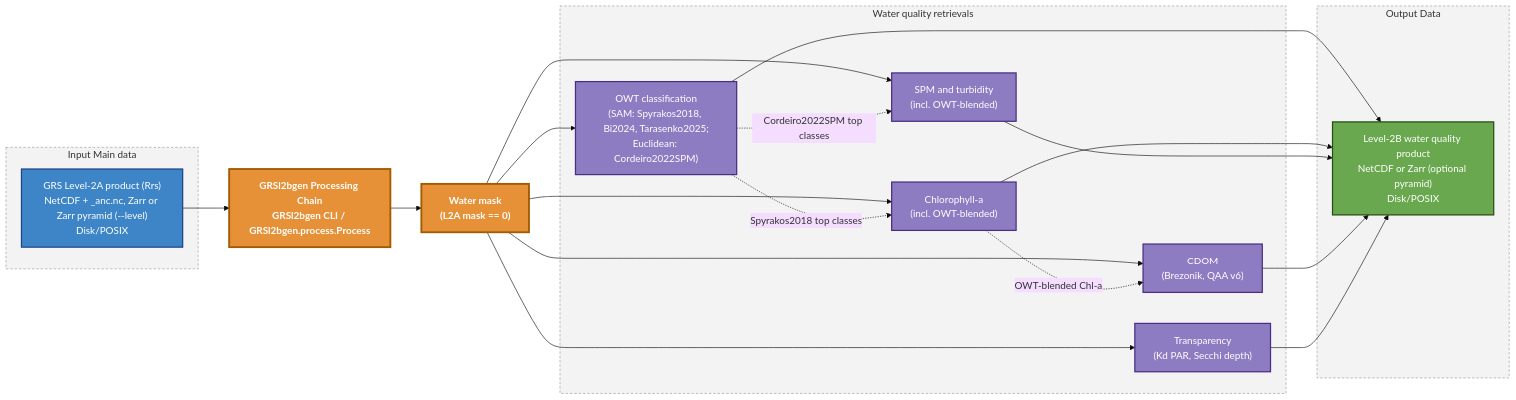
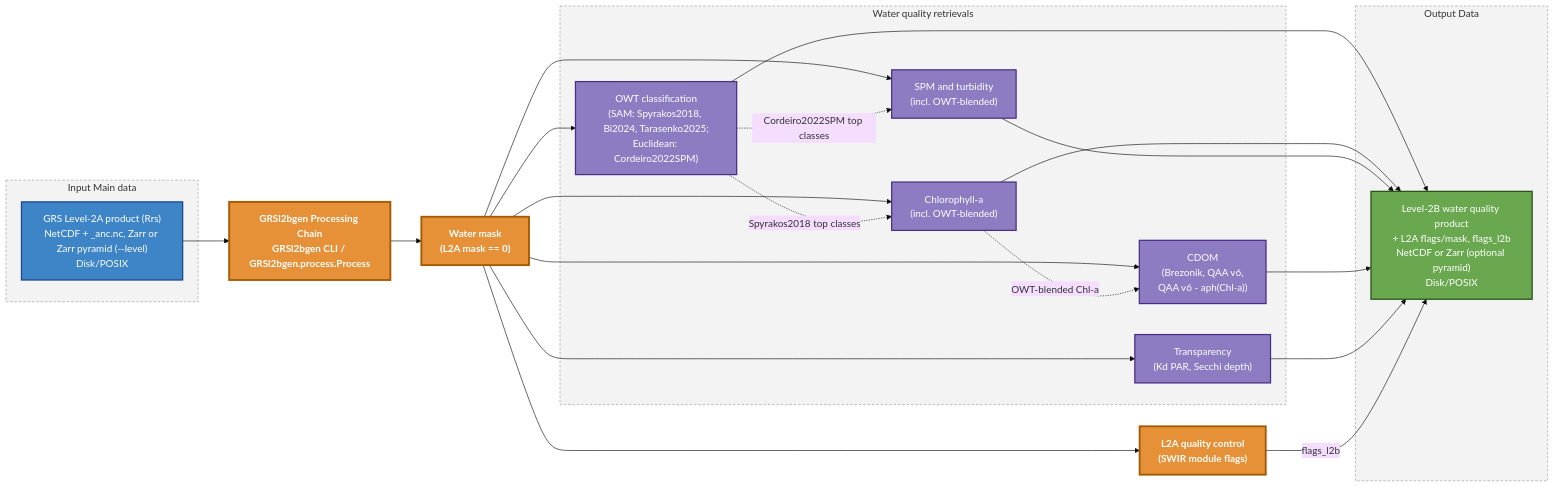
One commit to Tristanovsk/GRSl2bgen changed the diagram in docs/source/_diagrams/dataflow.mmd. Above: the diagram before and after it, drawn with Mermaid (base theme). The commit also changed 1 other file, not shown here.

```diff
--- a/docs/source/_diagrams/dataflow.mmd
+++ b/docs/source/_diagrams/dataflow.mmd
@@ -1,47 +1,50 @@
 flowchart LR
     subgraph main["Input Main data"]
         IN1["GRS Level-2A product (Rrs)<br/>NetCDF + _anc.nc, Zarr or Zarr pyramid (--level)<br/>Disk/POSIX"]
     end
 
     PROC["GRSl2bgen Processing Chain<br/>GRSl2bgen CLI / GRSl2bgen.process.Process"]
     MASK["Water mask<br/>(L2A mask == 0)"]
+    QC["L2A quality control<br/>(SWIR module flags)"]
 
     subgraph steps["Water quality retrievals"]
         S1["OWT classification<br/>(SAM: Spyrakos2018, Bi2024, Tarasenko2025;<br/>Euclidean: Cordeiro2022SPM)"]
         S2["Chlorophyll-a<br/>(incl. OWT-blended)"]
         S3["SPM and turbidity<br/>(incl. OWT-blended)"]
-        S4["CDOM<br/>(Brezonik, QAA v6)"]
+        S4["CDOM<br/>(Brezonik, QAA v6,<br/>QAA v6 - aph(Chl-a))"]
         S5["Transparency<br/>(Kd PAR, Secchi depth)"]
     end
 
     subgraph out["Output Data"]
-        OUT1["Level-2B water quality product<br/>NetCDF or Zarr (optional pyramid)<br/>Disk/POSIX"]
+        OUT1["Level-2B water quality product<br/>+ L2A flags/mask, flags_l2b<br/>NetCDF or Zarr (optional pyramid)<br/>Disk/POSIX"]
     end
 
     IN1 --> PROC
     PROC --> MASK
+    MASK --> QC
     MASK --> S1
     MASK --> S2
     MASK --> S3
     MASK --> S4
     MASK --> S5
     S1 -. "Spyrakos2018 top classes" .-> S2
     S1 -. "Cordeiro2022SPM top classes" .-> S3
     S2 -. "OWT-blended Chl-a" .-> S4
     S1 --> OUT1
     S2 --> OUT1
     S3 --> OUT1
     S4 --> OUT1
     S5 --> OUT1
+    QC -- "flags_l2b" --> OUT1
 
     classDef mainStyle fill:#3d85c6,stroke:#1c4587,stroke-width:2px,color:#ffffff
     classDef procStyle fill:#e69138,stroke:#a35a00,stroke-width:3px,color:#ffffff,font-weight:bold
     classDef stepStyle fill:#8e7cc3,stroke:#4a2d84,stroke-width:2px,color:#ffffff
     classDef outStyle fill:#6aa84f,stroke:#274e13,stroke-width:2px,color:#ffffff
     classDef groupStyle fill:#f3f3f3,stroke:#999999,stroke-dasharray: 4 3,color:#333333
 
     class IN1 mainStyle
-    class PROC,MASK procStyle
+    class PROC,MASK,QC procStyle
     class S1,S2,S3,S4,S5 stepStyle
     class OUT1 outStyle
     class main,steps,out groupStyle
```
